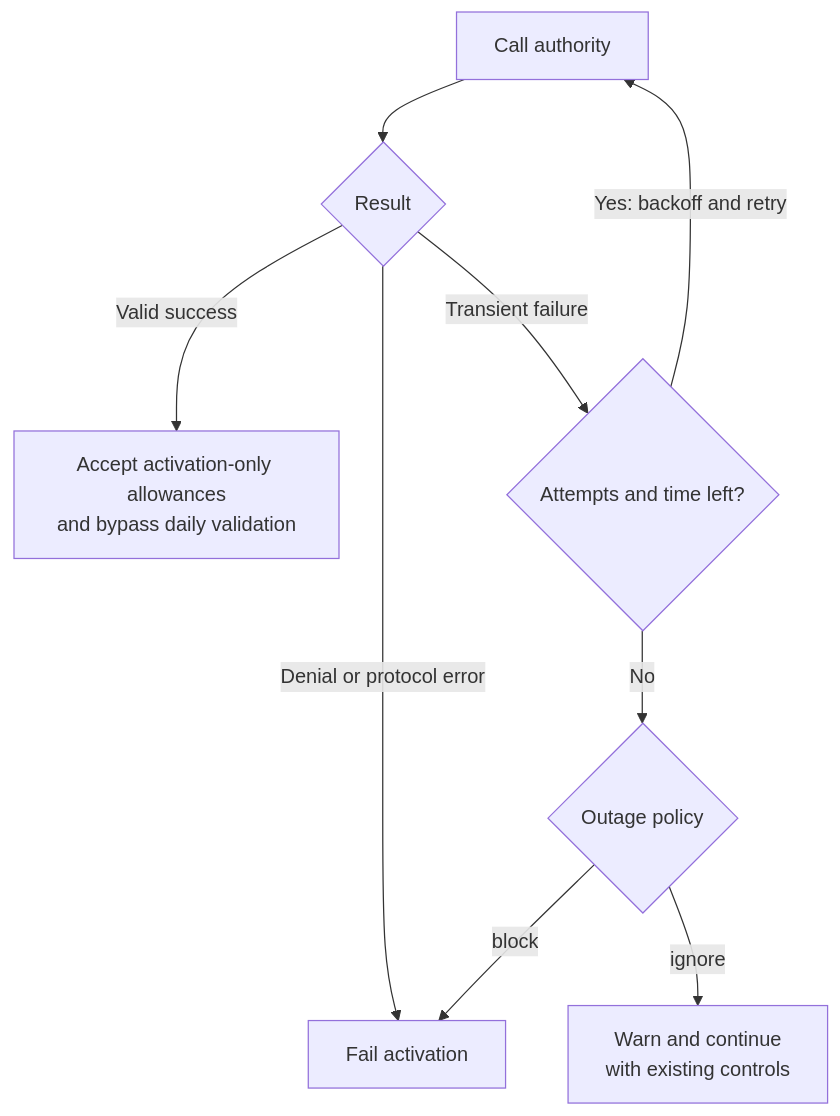
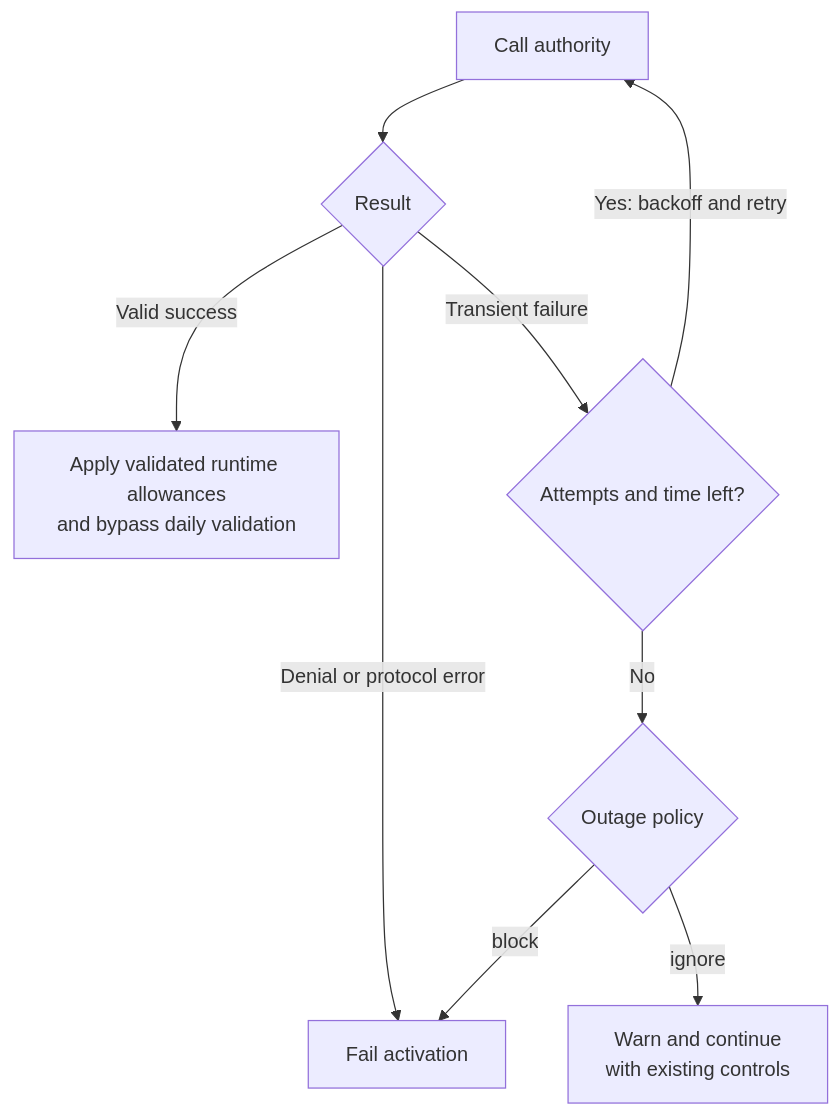
Before and after one commit to githubnext/gh-aw: the fourth of 5 diagrams in docs/src/content/docs/specs/admission-service-specification.md, drawn with Mermaid. The commit also changed other lines of this file and 358 other files, not shown here.

````diff
--- a/docs/src/content/docs/specs/admission-service-specification.md
+++ b/docs/src/content/docs/specs/admission-service-specification.md
@@ -513,11 +515,11 @@
 ```mermaid
 flowchart TD
     A["Call authority"] --> R{"Result"}
-    R -->|Valid success| C["Accept activation-only allowances<br/>and bypass daily validation"]
+    R -->|Valid success| C["Apply validated runtime allowances<br/>and bypass daily validation"]
     R -->|Denial or protocol error| B["Fail activation"]
     R -->|Transient failure| T{"Attempts and time left?"}
     T -->|Yes: backoff and retry| A
     T -->|No| P{"Outage policy"}
     P -->|ignore| I["Warn and continue<br/>with existing controls"]
     P -->|block| B
 ```
````
